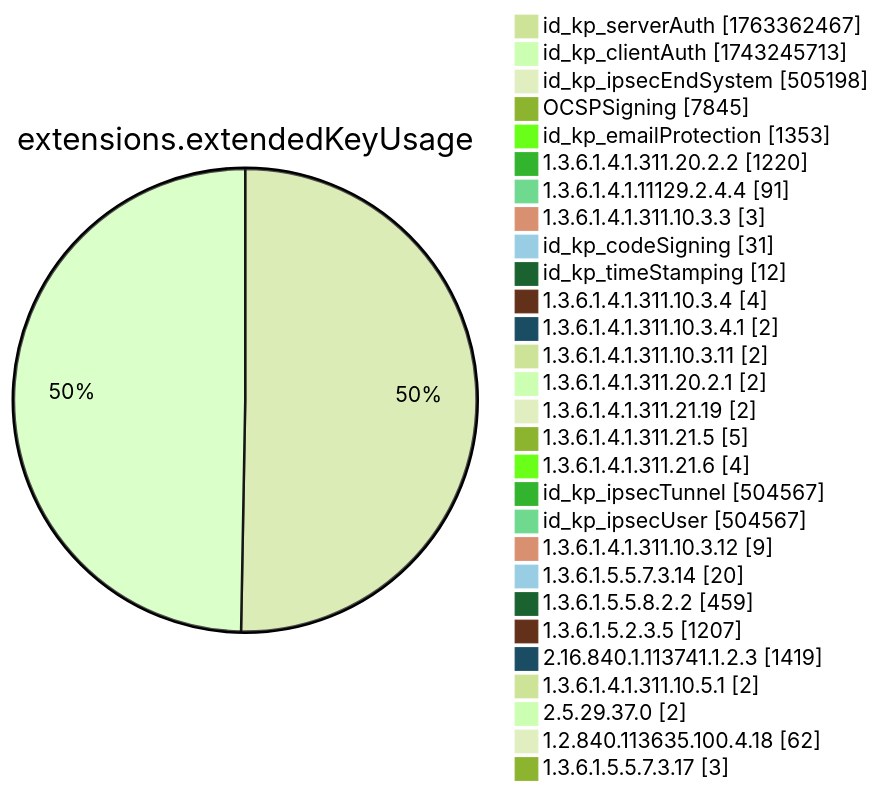
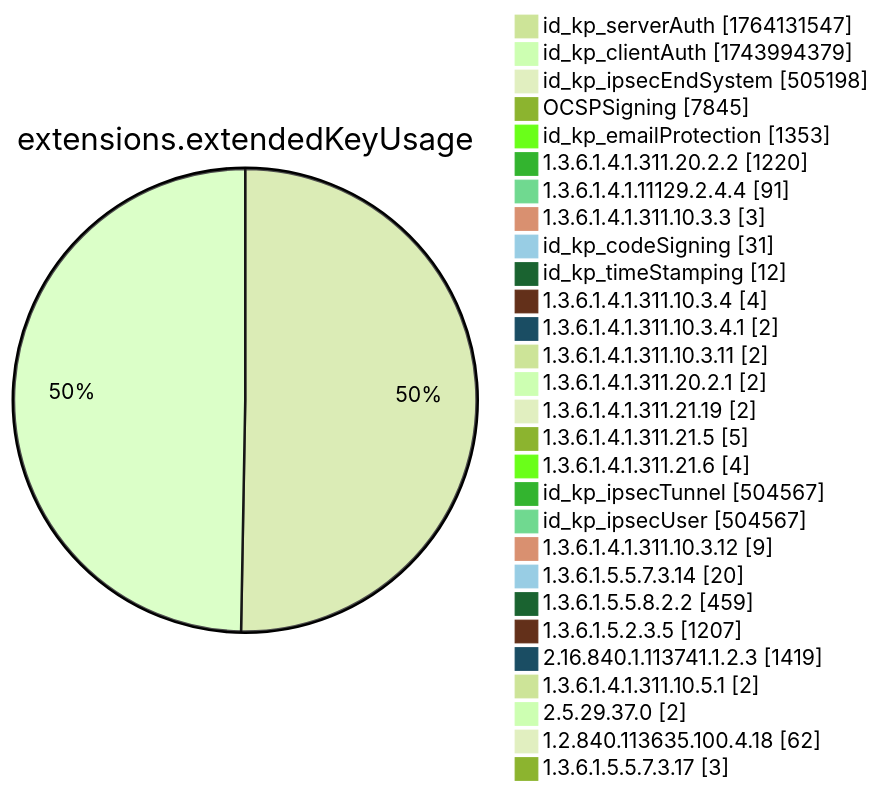
Before and after one commit to christiankrug/ctmonitor_visualization: diagram 12 of 15 in xenon2022/README.md, drawn with Mermaid (forest theme). The commit also changed other lines of this file, not shown here.

````diff
--- a/xenon2022/README.md
+++ b/xenon2022/README.md
@@ -3893,32 +3893,32 @@
 ```mermaid
 pie showData
 title extensions.extendedKeyUsage
-"id_kp_serverAuth" :1763362467
-"id_kp_clientAuth" :1743245713
+"id_kp_serverAuth" :1764131547
+"id_kp_clientAuth" :1743994379
 "id_kp_ipsecEndSystem" :505198
 "OCSPSigning" :7845
 "id_kp_emailProtection" :1353
 "1.3.6.1.4.1.311.20.2.2" :1220
 "1.3.6.1.4.1.11129.2.4.4" :91
 "1.3.6.1.4.1.311.10.3.3" :3
 "id_kp_codeSigning" :31
 "id_kp_timeStamping" :12
 "1.3.6.1.4.1.311.10.3.4" :4
 "1.3.6.1.4.1.311.10.3.4.1" :2
 "1.3.6.1.4.1.311.10.3.11" :2
 "1.3.6.1.4.1.311.20.2.1" :2
 "1.3.6.1.4.1.311.21.19" :2
 "1.3.6.1.4.1.311.21.5" :5
 "1.3.6.1.4.1.311.21.6" :4
 "id_kp_ipsecTunnel" :504567
 "id_kp_ipsecUser" :504567
 "1.3.6.1.4.1.311.10.3.12" :9
 "1.3.6.1.5.5.7.3.14" :20
 "1.3.6.1.5.5.8.2.2" :459
 "1.3.6.1.5.2.3.5" :1207
 "2.16.840.1.113741.1.2.3" :1419
 "1.3.6.1.4.1.311.10.5.1" :2
 "2.5.29.37.0" :2
 "1.2.840.113635.100.4.18" :62
 "1.3.6.1.5.5.7.3.17" :3
 ```
````
